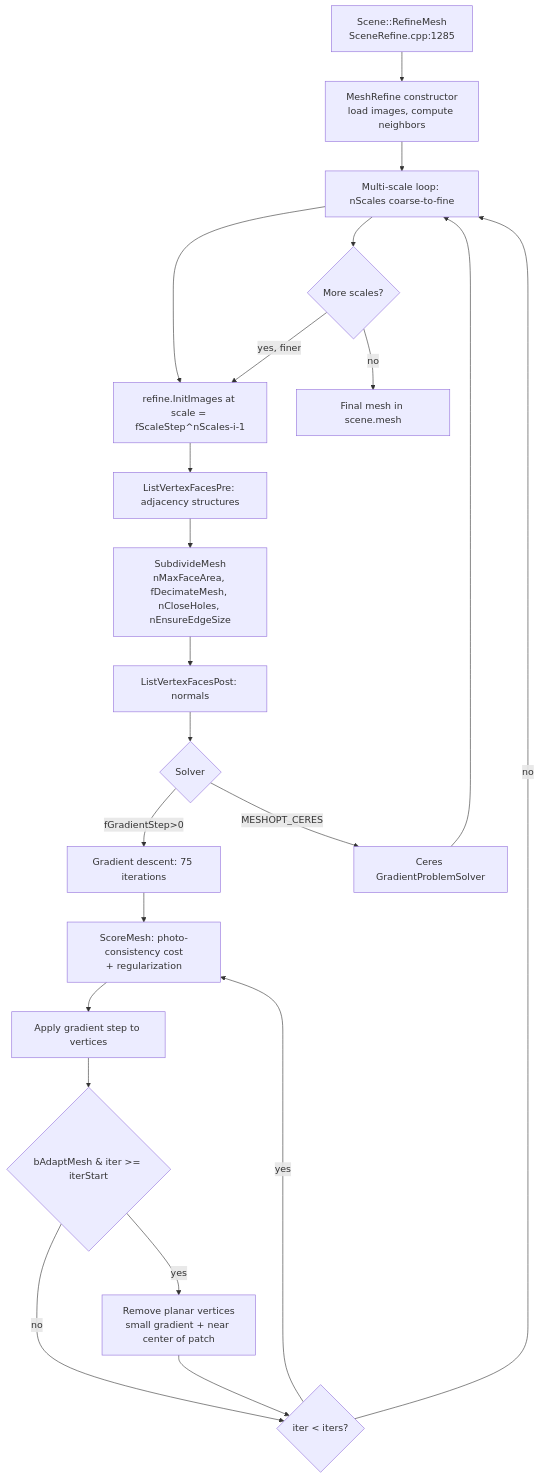
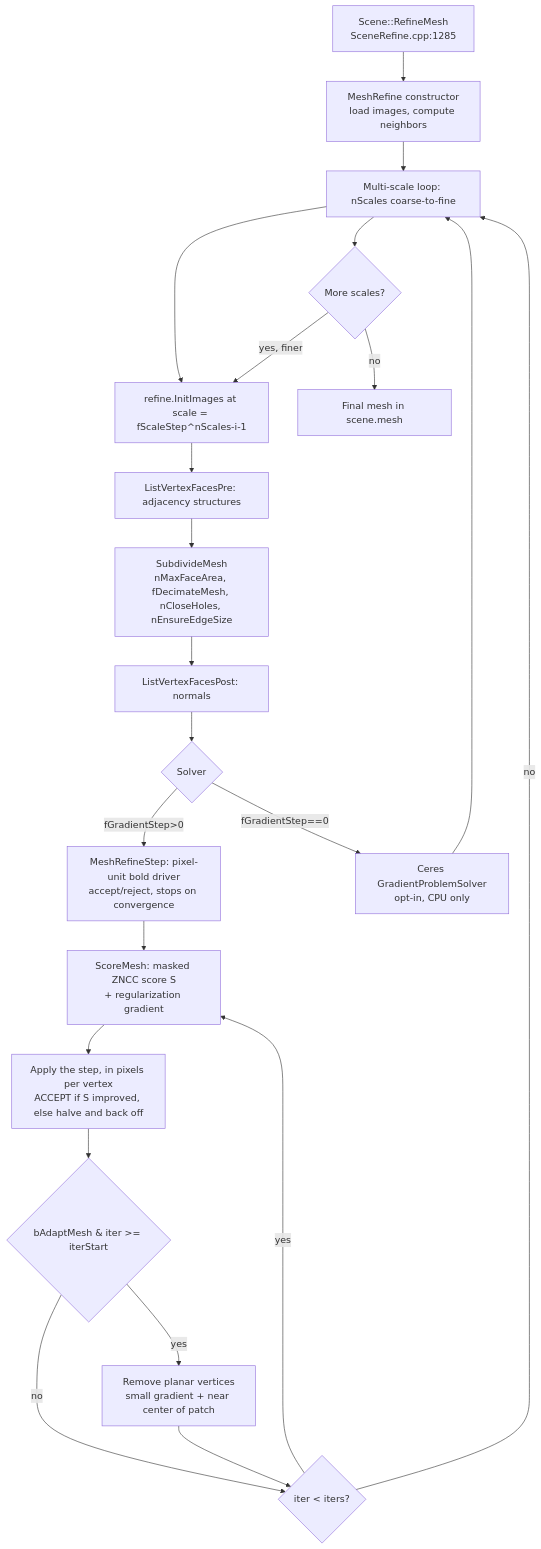
One commit to cdcseacave/openMVS changed the eighth of 10 diagrams in docs/pipeline-traces.md. Above: the diagram before and after it, drawn with Mermaid. The commit also changed other lines of this file and 8 other files, not shown here.

````diff
--- a/docs/pipeline-traces.md
+++ b/docs/pipeline-traces.md
@@ -573,24 +573,24 @@
 ```mermaid
 graph TD
     A[Scene::RefineMesh<br/>SceneRefine.cpp:1285] --> B[MeshRefine constructor<br/>load images, compute neighbors]
     B --> C[Multi-scale loop: nScales coarse-to-fine]
     C --> D[refine.InitImages at scale = fScaleStep^nScales-i-1]
     D --> E[ListVertexFacesPre: adjacency structures]
     E --> F[SubdivideMesh<br/>nMaxFaceArea, fDecimateMesh, nCloseHoles, nEnsureEdgeSize]
     F --> G[ListVertexFacesPost: normals]
     G --> H{Solver}
-    H -->|fGradientStep>0| I[Gradient descent: 75 iterations]
-    H -->|MESHOPT_CERES| J[Ceres GradientProblemSolver]
-    I --> I1[ScoreMesh: photo-consistency cost<br/>+ regularization]
-    I1 --> I2[Apply gradient step to vertices]
+    H -->|fGradientStep>0| I[MeshRefineStep: pixel-unit bold driver<br/>accept/reject, stops on convergence]
+    H -->|fGradientStep==0| J[Ceres GradientProblemSolver<br/>opt-in, CPU only]
+    I --> I1[ScoreMesh: masked ZNCC score S<br/>+ regularization gradient]
+    I1 --> I2[Apply the step, in pixels per vertex<br/>ACCEPT if S improved, else halve and back off]
     I2 --> I3{bAdaptMesh & iter >= iterStart}
     I3 -->|yes| I4[Remove planar vertices<br/>small gradient + near center of patch]
     I3 -->|no| I5
     I4 --> I5{iter < iters?}
     I5 -->|yes| I1
     I5 -->|no| C
     J --> C
     C --> K{More scales?}
     K -->|yes, finer| D
     K -->|no| L[Final mesh in scene.mesh]
 ```
````
